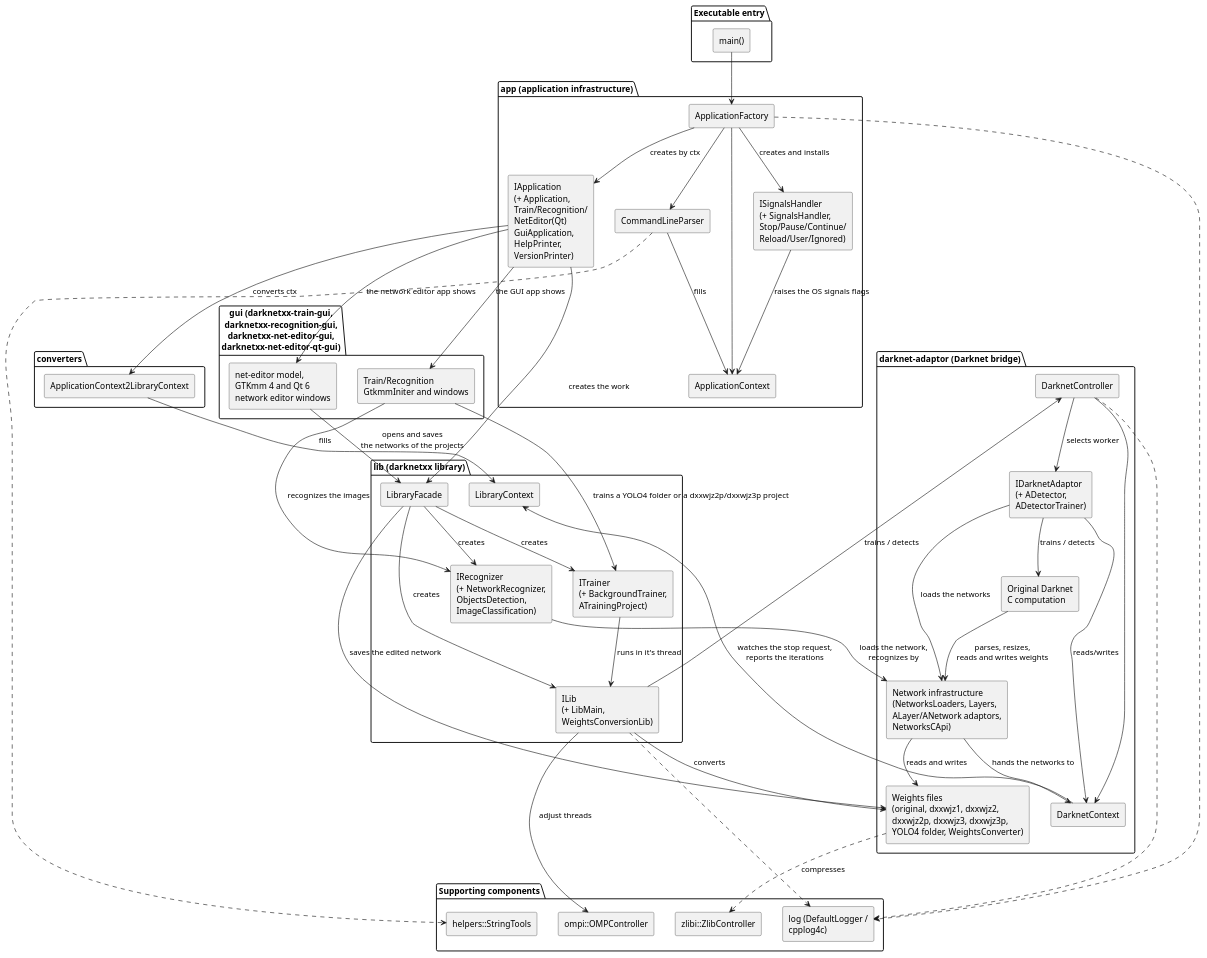
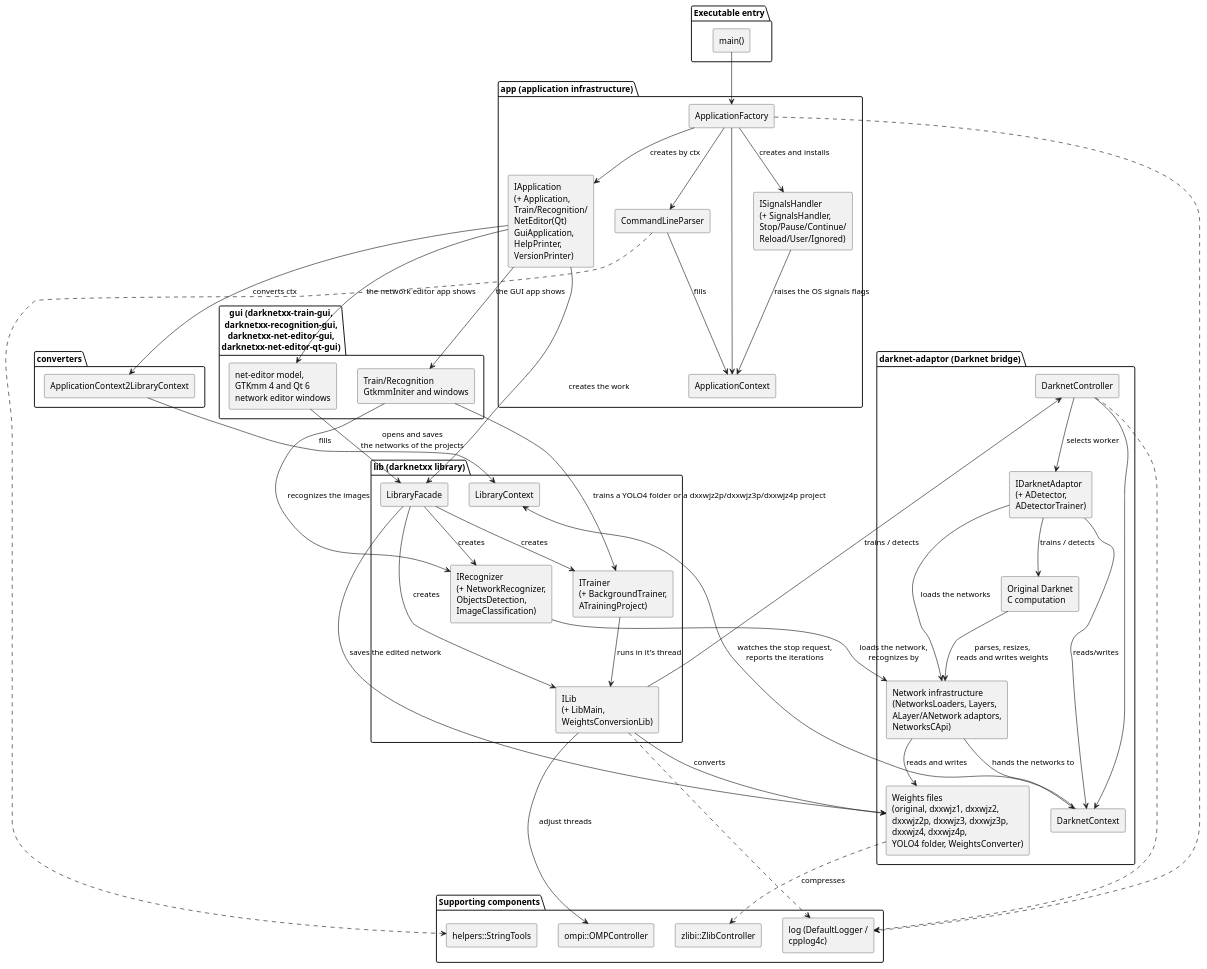
Before and after one commit to yuriysydor1991/darknetxx: the diagram in doc/sections/en_US/4-7-components-and-architecture.md, drawn with PlantUML. The commit also changed other lines of this file and 26 other files, not shown here.

```diff
--- a/doc/sections/en_US/4-7-components-and-architecture.md
+++ b/doc/sections/en_US/4-7-components-and-architecture.md
@@ -92,7 +92,7 @@
   [DarknetContext] as dctx
   [IDarknetAdaptor\n(+ ADetector,\nADetectorTrainer)] as adaptor
   [Network infrastructure\n(NetworksLoaders, Layers,\nALayer/ANetwork adaptors,\nNetworksCApi)] as netinfra
-  [Weights files\n(original, dxxwjz1, dxxwjz2,\ndxxwjz2p, dxxwjz3, dxxwjz3p,\nYOLO4 folder, WeightsConverter)] as weights
+  [Weights files\n(original, dxxwjz1, dxxwjz2,\ndxxwjz2p, dxxwjz3, dxxwjz3p,\ndxxwjz4, dxxwjz4p,\nYOLO4 folder, WeightsConverter)] as weights
   [Original Darknet\nC computation] as darknetc
 }
 
@@ -114,7 +114,7 @@
 conv --> lctx : fills
 iapp --> facade : creates the work
 iapp --> gui : the GUI app shows
-gui --> trainer : trains a YOLO4 folder or a dxxwjz2p/dxxwjz3p project
+gui --> trainer : trains a YOLO4 folder or a dxxwjz2p/dxxwjz3p/dxxwjz4p project
 gui --> recognizer : recognizes the images
 iapp --> editor : the network editor app shows
 editor --> facade : opens and saves\nthe networks of the projects
```
